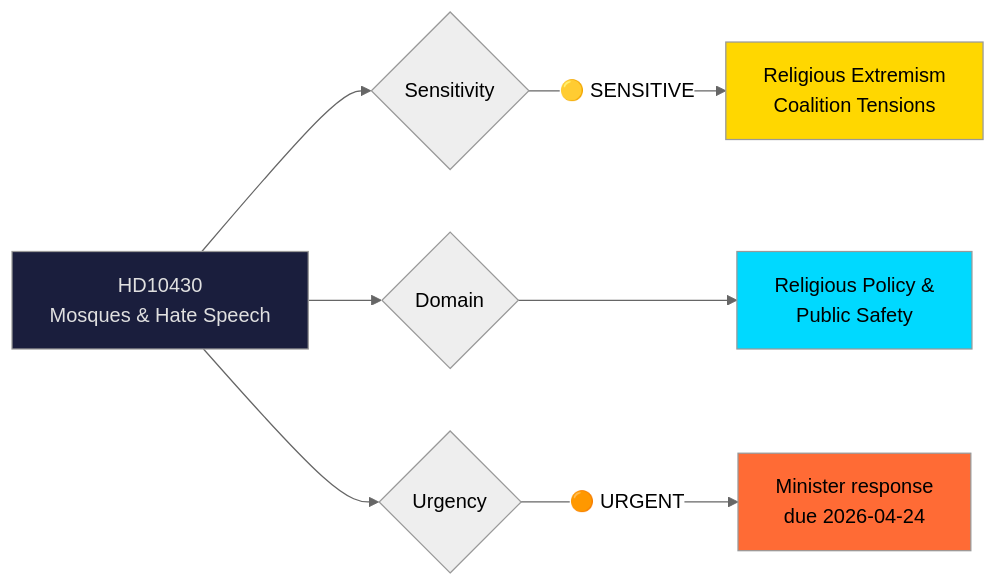
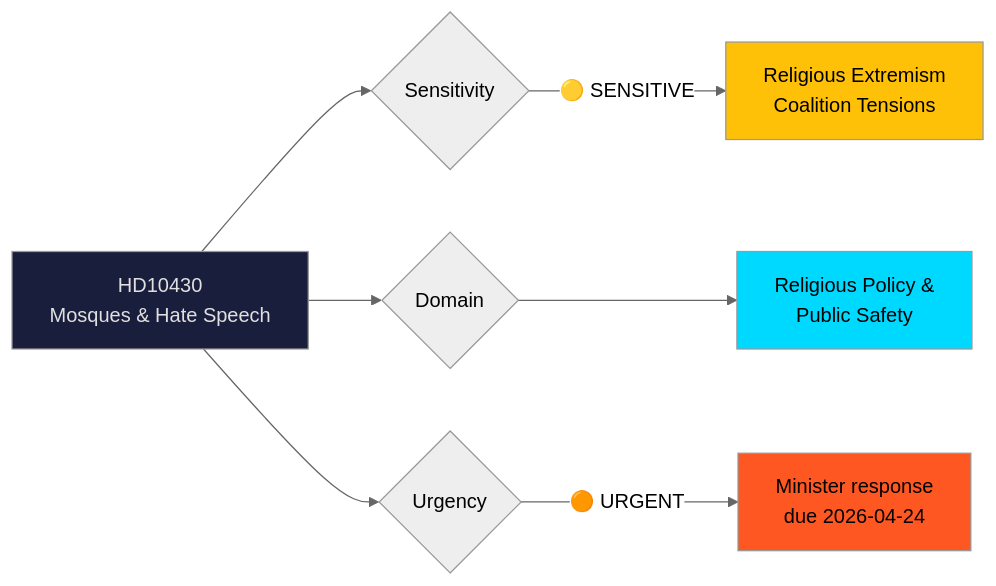
One commit to Hack23/riksdagsmonitor changed the diagram in analysis/daily/2026-04-09/interpellations/documents/hd10430-analysis.md. Above: the diagram before and after it, drawn with Mermaid (neutral theme). The commit also changed 121 other files, not shown here.

````diff
--- a/analysis/daily/2026-04-09/interpellations/documents/hd10430-analysis.md
+++ b/analysis/daily/2026-04-09/interpellations/documents/hd10430-analysis.md
@@ -23,16 +23,16 @@
 ```mermaid
 graph LR
     A["HD10430<br/>Mosques & Hate Speech"] --> B{Sensitivity}
     B -->|"🟡 SENSITIVE"| D["Religious Extremism<br/>Coalition Tensions"]
     
     A --> G{Domain}
     G --> H["Religious Policy &<br/>Public Safety"]
     
     A --> I{Urgency}
     I -->|"🟠 URGENT"| K["Minister response<br/>due 2026-04-24"]
     
     style A fill:#1a1e3d,color:#e0e0e0
-    style D fill:#FFD700,color:#000000
+    style D fill:#FFC107,color:#000000
     style H fill:#00d9ff,color:#000000
-    style K fill:#FF6B35,color:#000000
+    style K fill:#FF5722,color:#000000
 ```
````
